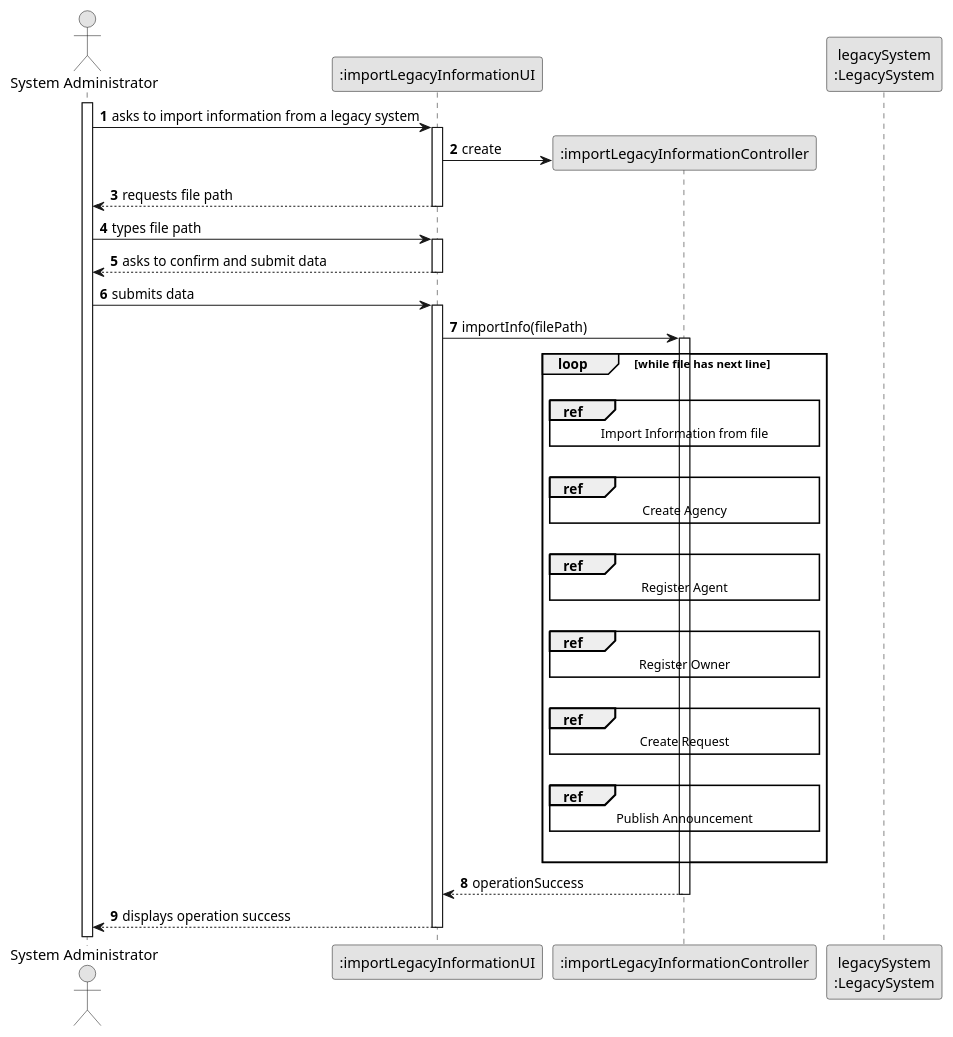
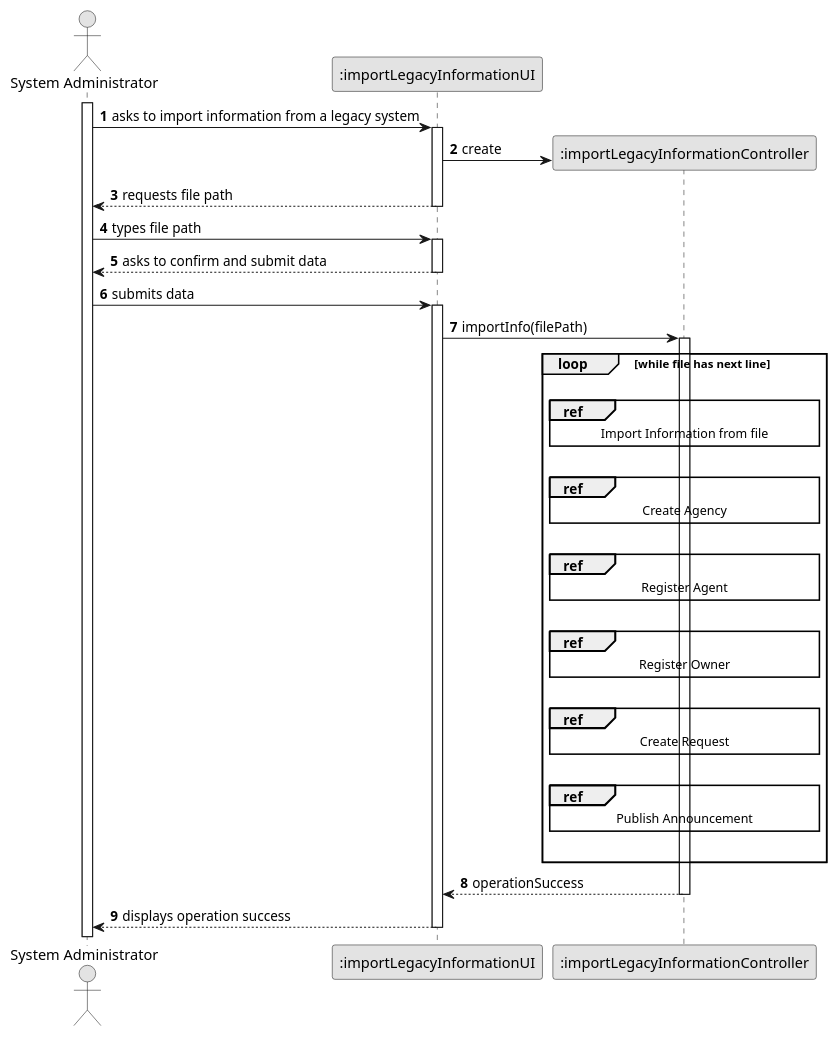
Before and after one commit to rita-barbosa/LAPR2-2223: the diagram in docs/sprintC/us012/03.design/puml/us012-sequence-diagram-split.puml, drawn with PlantUML.

Commit message:
Update split sequence diagram [US012][Design]

```diff
--- a/docs/sprintC/us012/03.design/puml/us012-sequence-diagram-split.puml
+++ b/docs/sprintC/us012/03.design/puml/us012-sequence-diagram-split.puml
@@ -1,81 +1,71 @@
 @startuml
 skinparam monochrome true
 skinparam packageStyle rectangle
 skinparam shadowing false
 
 autonumber
 
 'hide footbox
 actor "System Administrator" as ADM
 participant ":importLegacyInformationUI" as UI
 participant ":importLegacyInformationController" as CTRL
-participant "legacySystem\n:LegacySystem" as LS
-
-'participant ":Repositories" as RepositorySingleton
- 'participant "repositories\n:Repositories" as PLAT
- 'participant "taskCategoryRepository:\nTaskCategoryRepository" as TaskCategoryRepository
- 'participant ":ApplicationSession" as _APP
- 'participant "appSession\n:ApplicationSession" as APP
- 'participant "currentSession\n:UserSession" as SESSAO
- 'participant "organizationRepository:\nOrganizationRepository" as OrganizationRepository
- 'participant "organization\n:Organization" as ORG'
 
 activate ADM
 
     ADM -> UI : asks to import information from a legacy system
     activate UI
 
     UI -> CTRL**: create
 
     UI --> ADM : requests file path
     deactivate UI
 
     ADM -> UI : types file path
     activate UI
 
     UI --> ADM : asks to confirm and submit data
     deactivate UI
 
     ADM -> UI : submits data
     activate UI
 
     UI -> CTRL: importInfo(filePath)
     activate CTRL
 
 
     loop while file has next line
 
     |||
     ref over CTRL
     Import Information from file
     end ref
     |||
     ref over CTRL
     Create Agency
     end ref
     |||
     ref over CTRL
         Register Agent
     end ref
     |||
     ref over CTRL
         Register Owner
     end ref
     |||
     ref over CTRL
         Create Request
     end ref
     |||
     ref over CTRL
         Publish Announcement
     end ref
     |||
      end loop
 
     CTRL --> UI: operationSuccess
     deactivate CTRL
 
     UI --> ADM : displays operation success
     deactivate UI
 
 @enduml
```
